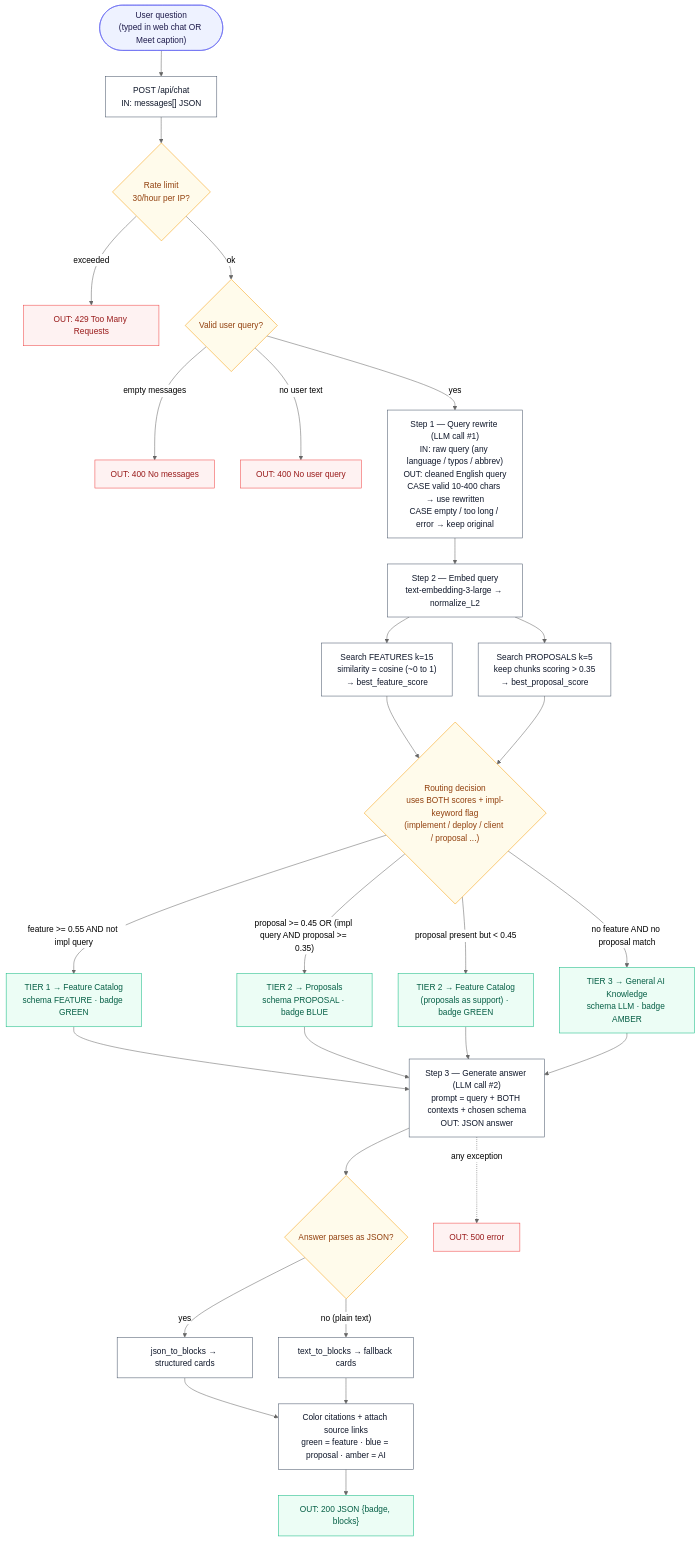
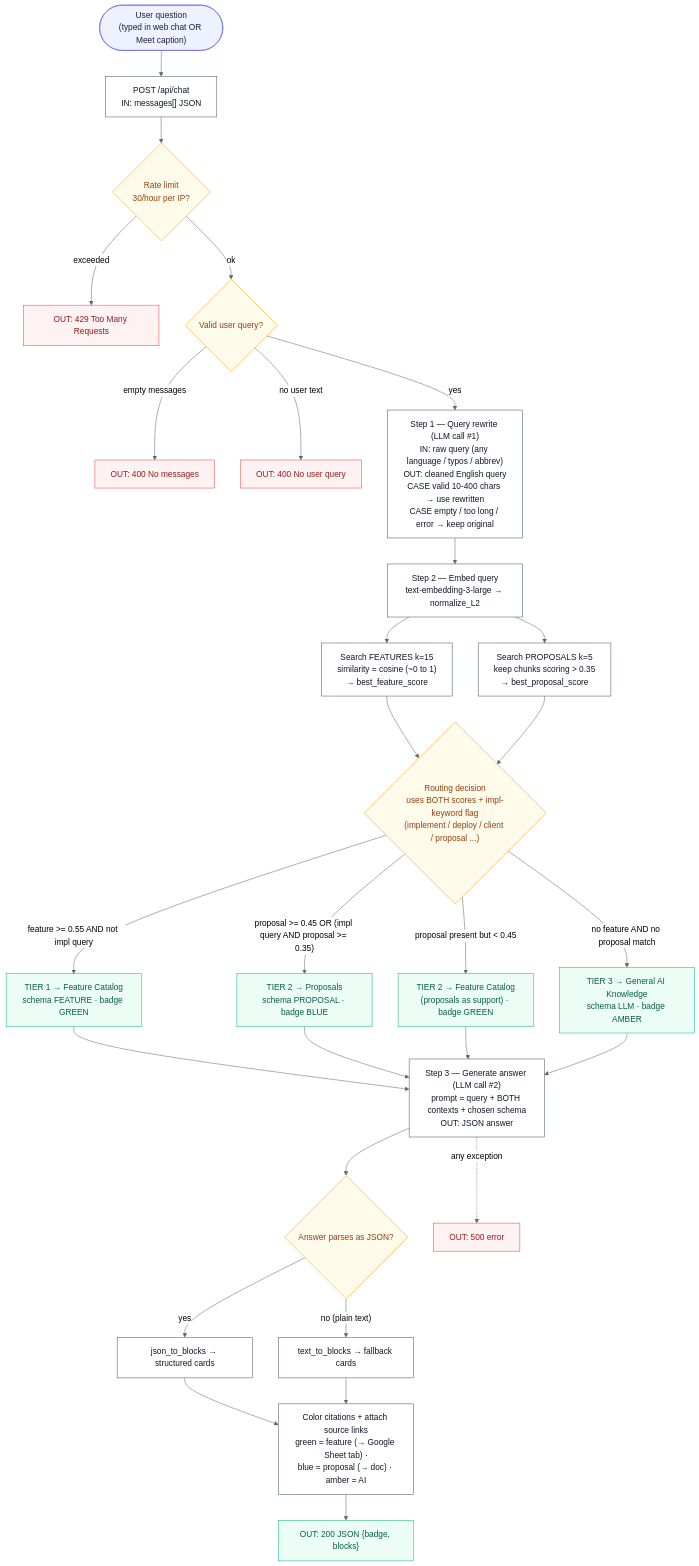
The third of 4 diagrams in docs/workflow.md (dhupack/SolutionsDesk), drawn with Mermaid (neutral theme) before and after one commit. The commit also changed other lines of this file, not shown here.

Commit message:
updated workflow diagrams

````diff
--- a/docs/workflow.md
+++ b/docs/workflow.md
@@ -58,47 +95,47 @@
 ```mermaid
 flowchart TD
     classDef io fill:#eef2ff,stroke:#6366f1,color:#1e1b4b;
     classDef proc fill:#ffffff,stroke:#475569,color:#0f172a;
     classDef case fill:#fffbeb,stroke:#f59e0b,color:#92400e;
     classDef out fill:#ecfdf5,stroke:#10b981,color:#065f46;
     classDef err fill:#fef2f2,stroke:#ef4444,color:#991b1b;
 
     Q(["User question<br/>(typed in web chat OR Meet caption)"]):::io --> CHAT["POST /api/chat<br/>IN: messages[] JSON"]:::proc
 
     CHAT --> RL{"Rate limit<br/>30/hour per IP?"}:::case
     RL -->|exceeded| R429["OUT: 429 Too Many Requests"]:::err
     RL -->|ok| V{"Valid user query?"}:::case
     V -->|"empty messages"| E400a["OUT: 400 No messages"]:::err
     V -->|"no user text"| E400b["OUT: 400 No user query"]:::err
     V -->|yes| RW
 
     RW["Step 1 — Query rewrite (LLM call #1)<br/>IN: raw query (any language / typos / abbrev)<br/>OUT: cleaned English query<br/>CASE valid 10-400 chars → use rewritten<br/>CASE empty / too long / error → keep original"]:::proc
     RW --> EMB["Step 2 — Embed query<br/>text-embedding-3-large → normalize_L2"]:::proc
 
     %% Parallel retrieval
     EMB --> SF["Search FEATURES k=15<br/>similarity = cosine (~0 to 1)<br/>→ best_feature_score"]:::proc
     EMB --> SP["Search PROPOSALS k=5<br/>keep chunks scoring > 0.35<br/>→ best_proposal_score"]:::proc
 
     SF --> DEC{"Routing decision<br/>uses BOTH scores + impl-keyword flag<br/>(implement / deploy / client / proposal ...)"}:::case
     SP --> DEC
 
     DEC -->|"feature >= 0.55 AND not impl query"| T1["TIER 1 → Feature Catalog<br/>schema FEATURE · badge GREEN"]:::out
     DEC -->|"proposal >= 0.45 OR (impl query AND proposal >= 0.35)"| T2["TIER 2 → Proposals<br/>schema PROPOSAL · badge BLUE"]:::out
     DEC -->|"proposal present but < 0.45"| T2b["TIER 2 → Feature Catalog<br/>(proposals as support) · badge GREEN"]:::out
     DEC -->|"no feature AND no proposal match"| T3["TIER 3 → General AI Knowledge<br/>schema LLM · badge AMBER"]:::out
 
     T1 --> GEN
     T2 --> GEN
     T2b --> GEN
     T3 --> GEN
     GEN["Step 3 — Generate answer (LLM call #2)<br/>prompt = query + BOTH contexts + chosen schema<br/>OUT: JSON answer"]:::proc
 
     GEN --> PARSE{"Answer parses as JSON?"}:::case
     PARSE -->|yes| BJ["json_to_blocks → structured cards"]:::proc
     PARSE -->|"no (plain text)"| BT["text_to_blocks → fallback cards"]:::proc
 
-    BJ --> CLR["Color citations + attach source links<br/>green = feature · blue = proposal · amber = AI"]:::proc
+    BJ --> CLR["Color citations + attach source links<br/>green = feature (→ Google Sheet tab) ·<br/>blue = proposal (→ doc) · amber = AI"]:::proc
     BT --> CLR
     CLR --> RESP["OUT: 200 JSON {badge, blocks}"]:::out
     GEN -.->|"any exception"| E500["OUT: 500 error"]:::err
 ```
````
